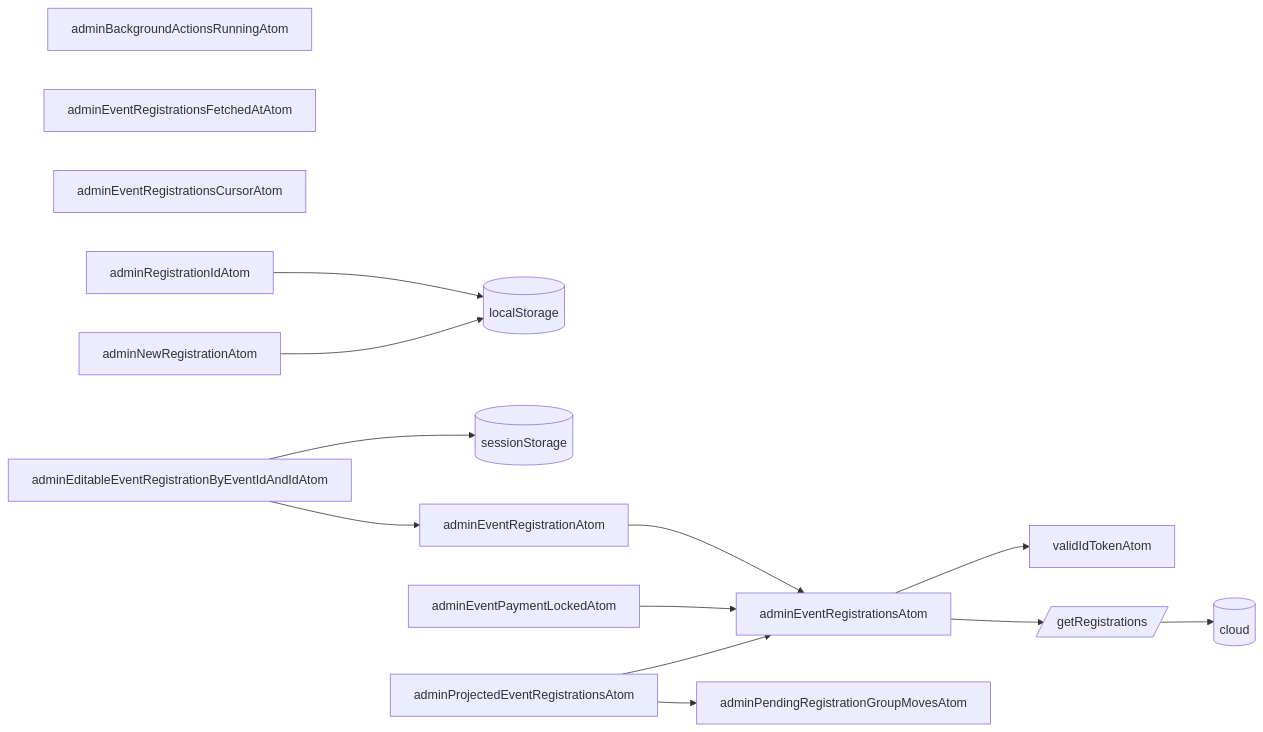
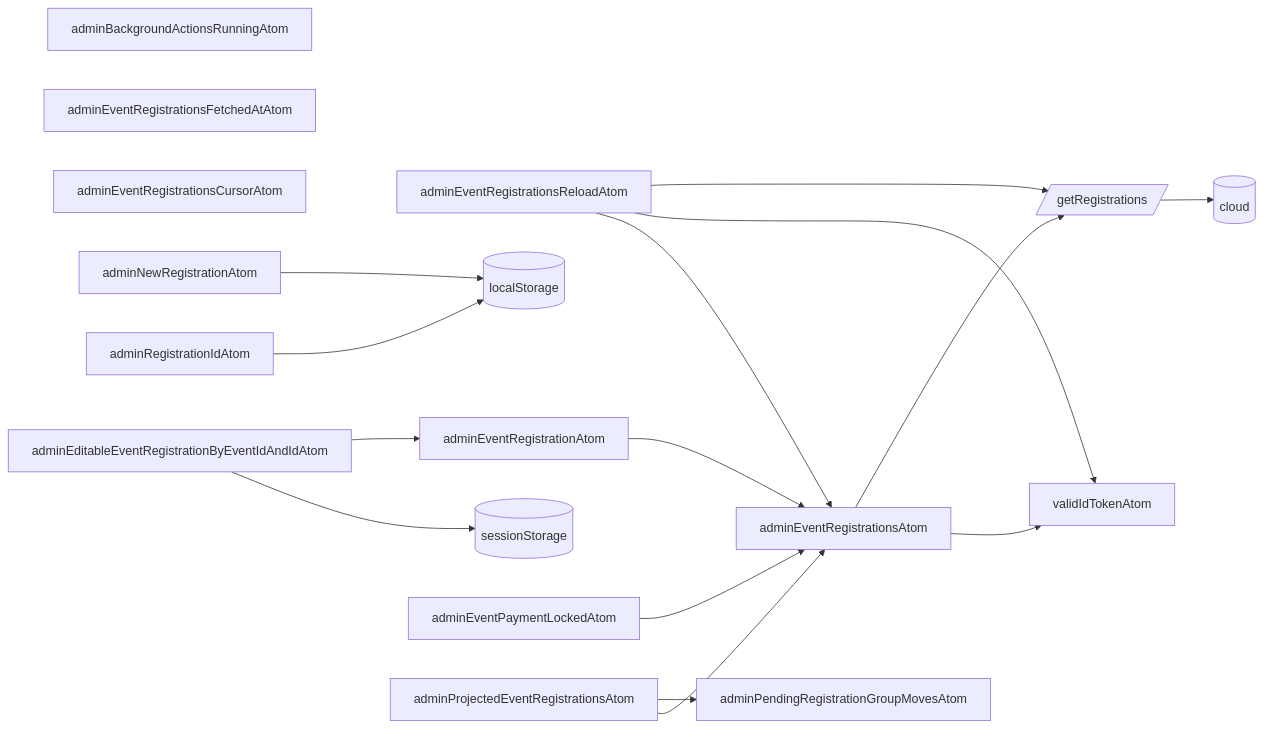
One commit to koekalenteri/koekalenteri changed the tenth of 12 diagrams in src/pages/admin/state/README.md. Above: the diagram before and after it, drawn with Mermaid. The commit also changed other lines of this file and 17 other files, not shown here.

````diff
--- a/src/pages/admin/state/README.md
+++ b/src/pages/admin/state/README.md
@@ -284,24 +306,27 @@
 ```mermaid
 graph LR
   adminEventRegistrationsAtom-->validIdTokenAtom
   adminEventRegistrationsAtom-->getRegistrations[/getRegistrations/]-->aws
+  adminEventRegistrationsReloadAtom-->adminEventRegistrationsAtom
+  adminEventRegistrationsReloadAtom-->validIdTokenAtom
+  adminEventRegistrationsReloadAtom-->getRegistrations
   adminPendingRegistrationGroupMovesAtom
   adminBackgroundActionsRunningAtom
   adminEventRegistrationsFetchedAtAtom
   adminEventRegistrationsCursorAtom
   adminRegistrationIdAtom-->localStorage
   adminNewRegistrationAtom-->localStorage
 
   localStorage[(localStorage)]
   sessionStorage[(sessionStorage)]
 
   adminEventRegistrationAtom-->adminEventRegistrationsAtom
   adminEventPaymentLockedAtom-->adminEventRegistrationsAtom
   adminProjectedEventRegistrationsAtom-->adminEventRegistrationsAtom
   adminProjectedEventRegistrationsAtom-->adminPendingRegistrationGroupMovesAtom
 
   adminEditableEventRegistrationByEventIdAndIdAtom-->sessionStorage
   adminEditableEventRegistrationByEventIdAndIdAtom-->adminEventRegistrationAtom
 
   aws[(cloud)]
 ```
````
